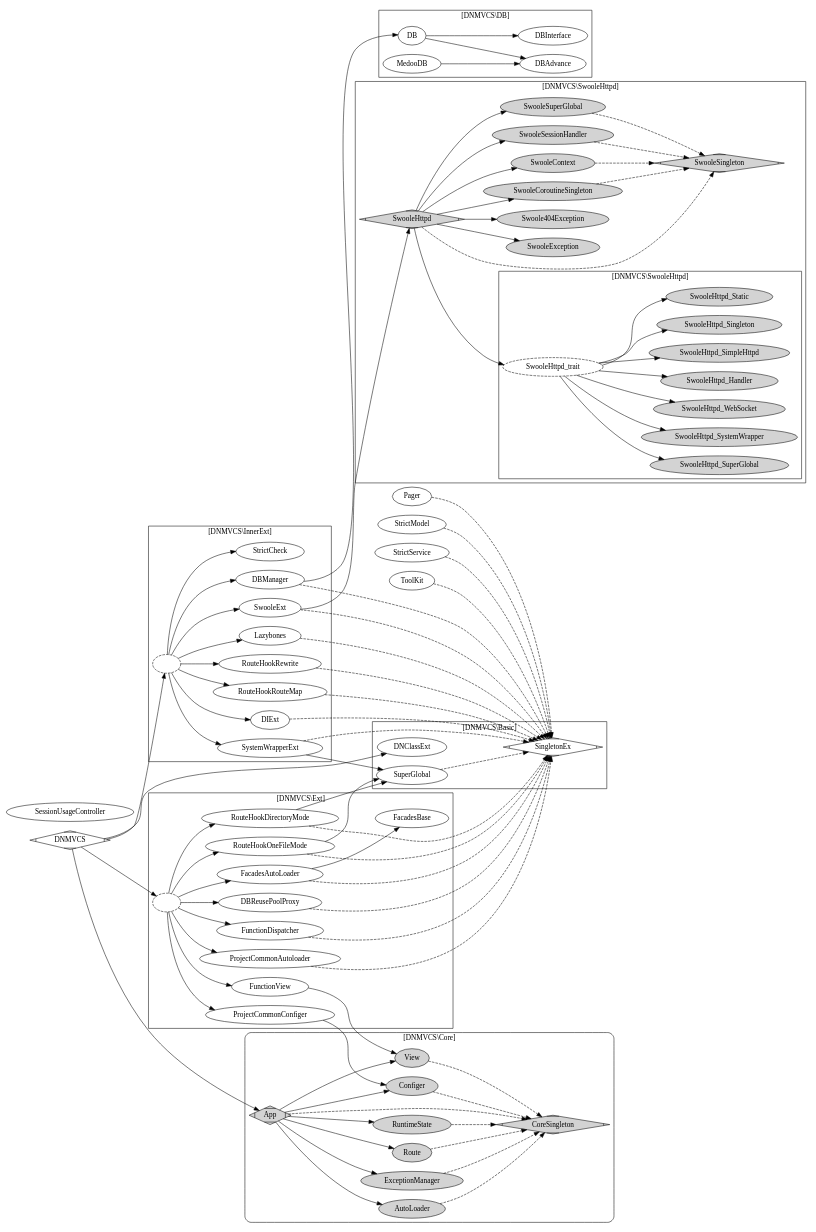
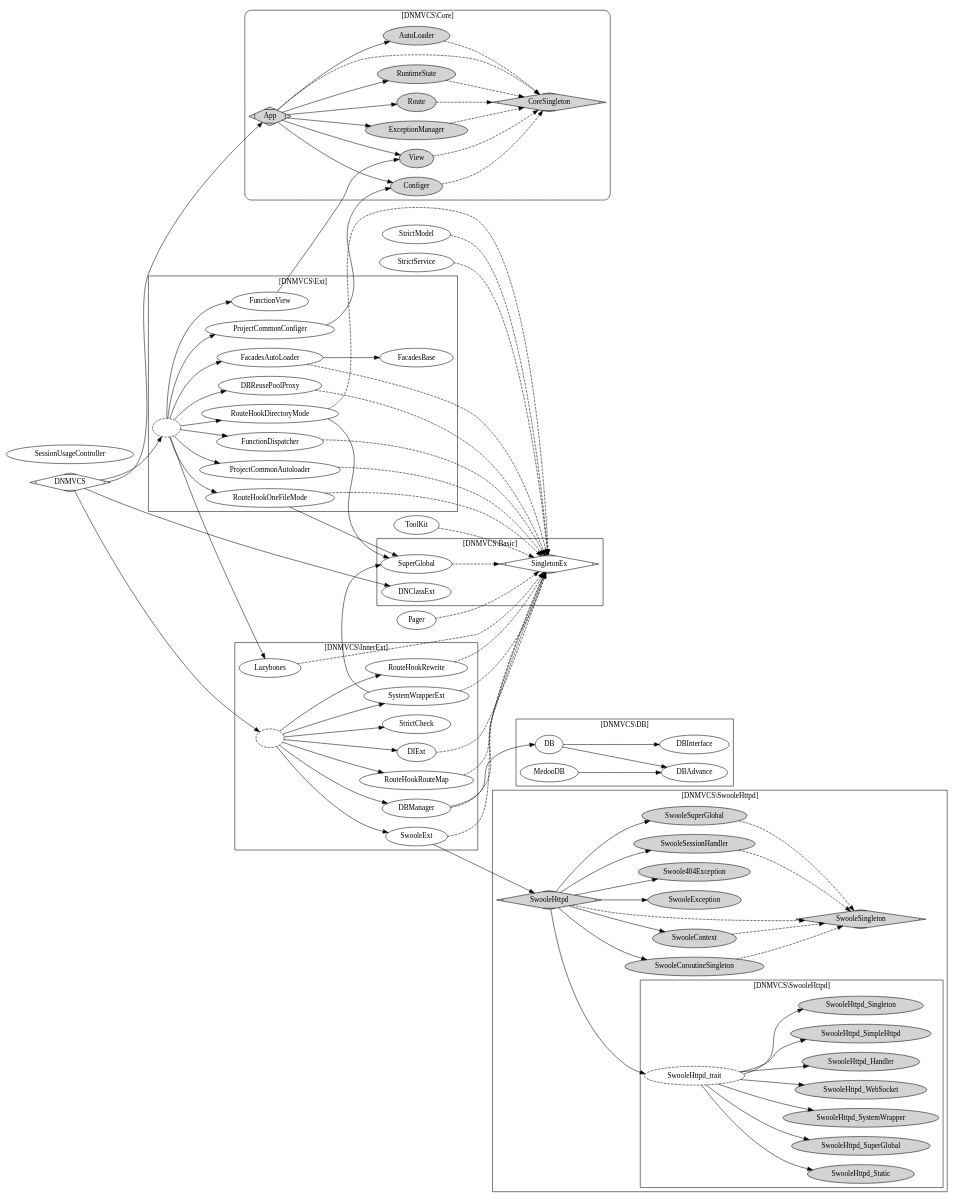
One commit to dvaknheo/duckphp changed the diagram in dnmvcs.gv. Above: the diagram before and after it, drawn with Graphviz. The commit also changed 30 other files, not shown here.

```diff
--- a/dnmvcs.gv
+++ b/dnmvcs.gv
@@ -1,174 +1,173 @@
 digraph G{
 /* This is a graphviz file */
 graph [rankdir = "LR"];
 subgraph cluster_Basic {
     label = "[DNMVCS\\Basic]";
     SingletonEx [shape=Mdiamond];
     SuperGlobal;
     DNClassExt;
     SuperGlobal -> SingletonEx[style="dashed"]; 
 }
 subgraph cluster_SwooleHttpd {
     node [style=filled];
     label = "[DNMVCS\\SwooleHttpd]";
 
 subgraph cluster_SwooleHttpd_trait {
 
 SwooleHttpd_trait [style="dashed"];
 SwooleHttpd_trait -> SwooleHttpd_SimpleHttpd;
 SwooleHttpd_trait -> SwooleHttpd_Singleton;
 SwooleHttpd_trait -> SwooleHttpd_Static;
 SwooleHttpd_trait -> SwooleHttpd_SuperGlobal;
 SwooleHttpd_trait -> SwooleHttpd_SystemWrapper;
 SwooleHttpd_trait -> SwooleHttpd_WebSocket;
 SwooleHttpd_trait -> SwooleHttpd_Handler;
 
 }
 SwooleHttpd -> SwooleHttpd_trait;
 
 SwooleHttpd -> SwooleCoroutineSingleton;
 SwooleHttpd -> SwooleContext;
 SwooleHttpd -> SwooleException;
 SwooleHttpd -> Swoole404Exception;
 
 SwooleHttpd -> SwooleSessionHandler;
 SwooleHttpd -> SwooleSuperGlobal;
 
 
 SwooleHttpd -> SwooleSingleton [style="dashed"];
 SwooleCoroutineSingleton -> SwooleSingleton [style="dashed"];
 SwooleContext -> SwooleSingleton [style="dashed"];
 SwooleSuperGlobal -> SwooleSingleton [style="dashed"];
 SwooleSessionHandler -> SwooleSingleton [style="dashed"];
 
 SwooleHttpd [label="SwooleHttpd";shape=Mdiamond];
 SwooleSingleton [label="SwooleSingleton";shape=Mdiamond];
 
 SwooleCoroutineSingleton [label="SwooleCoroutineSingleton"];
 SwooleException [label="SwooleException"];
 Swoole404Exception [label="Swoole404Exception"];
 SwooleContext [label="SwooleContext"];
 SwooleSuperGlobal [label="SwooleSuperGlobal"];
 SwooleSessionHandler [label="SwooleSessionHandler"];
 
 }
 subgraph cluster_Core {
     style = "rounded";
     label = "[DNMVCS\\Core]";
     node [style=filled];
     
     Core_App -> Core_AutoLoader ;
     Core_App -> Core_ExceptionManager;
     Core_App -> Core_View;
     Core_App -> Core_Configer;
     Core_App -> Core_Route;
     Core_App -> Core_RuntimeState;
     
     Core_App -> Core_CoreSingleton [style="dashed"];
     Core_AutoLoader -> Core_CoreSingleton [style="dashed"];
     Core_ExceptionManager -> Core_CoreSingleton [style="dashed"];
     Core_View -> Core_CoreSingleton [style="dashed"];
     Core_Configer -> Core_CoreSingleton [style="dashed"];
     Core_Route -> Core_CoreSingleton [style="dashed"];
     Core_RuntimeState -> Core_CoreSingleton [style="dashed"];
     
     Core_App [label="App";shape=Mdiamond];
     Core_CoreSingleton [label="CoreSingleton";shape=Mdiamond];
     Core_AutoLoader [label="AutoLoader"];
     Core_ExceptionManager [label="ExceptionManager"];
     Core_View [label="View"];
     Core_Configer [label="Configer"];
     Core_Route [label="Route"];
     Core_RuntimeState [label="RuntimeState"];
 }
 
 
 subgraph cluster_DB {
     label = "[DNMVCS\\DB]";
 
 DB_DB -> DB_DBAdvance;
 DB_DB -> DB_DBInterface;
 DB_MedooDB -> DB_DBAdvance;
 
 DB_DB [label="DB"];
 DB_DBAdvance [label="DBAdvance"];
 DB_DBInterface [label="DBInterface"];
 DB_MedooDB [label="MedooDB"];
 
 
 }
 subgraph cluster_InnerExt {
     label = "[DNMVCS\\InnerExt]";
 
     InnerExt -> SwooleExt;
     InnerExt -> RouteHookRewrite;
     InnerExt -> RouteHookRouteMap;
     InnerExt -> DIExt;
-    InnerExt -> Lazybones;
     InnerExt -> StrictCheck;
     
     InnerExt -> SystemWrapperExt -> SuperGlobal;
     InnerExt -> DBManager -> DB_DB;
     
     
 
     SwooleExt-> SwooleHttpd;
     
     SwooleExt -> SingletonEx[style="dashed"]; 
     RouteHookRewrite -> SingletonEx[style="dashed"]; 
     RouteHookRouteMap -> SingletonEx [style="dashed"]; 
     SystemWrapperExt -> SingletonEx [style="dashed"]; 
     DBManager -> SingletonEx [style="dashed"]; 
     
     DIExt -> SingletonEx [style="dashed"]; 
     Lazybones -> SingletonEx [style="dashed"]; 
     
  
     InnerExt [label="";style="dashed"];
 
 }
 subgraph cluster_Ext {
 label = "[DNMVCS\\Ext]";
 
-
-Ext-> DBReusePoolProxy; 
-Ext-> FunctionDispatcher;
-Ext-> ProjectCommonAutoloader;
-Ext-> FacadesAutoLoader;
-Ext-> RouteHookDirectoryMode;
-Ext-> RouteHookOneFileMode;
-Ext-> ProjectCommonConfiger -> Core_Configer;
-Ext-> FunctionView  -> Core_View;
+Ext -> Lazybones;
+Ext -> DBReusePoolProxy; 
+Ext -> FunctionDispatcher;
+Ext -> ProjectCommonAutoloader;
+Ext -> FacadesAutoLoader;
+Ext -> RouteHookDirectoryMode;
+Ext -> RouteHookOneFileMode;
+Ext -> ProjectCommonConfiger -> Core_Configer;
+Ext -> FunctionView  -> Core_View;
 FacadesAutoLoader ->FacadesBase ;
 RouteHookDirectoryMode -> SuperGlobal;
 RouteHookOneFileMode -> SuperGlobal;
 
 DBReusePoolProxy ->  SingletonEx [style="dashed"];  
 FunctionDispatcher -> SingletonEx [style="dashed"]; 
 ProjectCommonAutoloader -> SingletonEx [style="dashed"]; 
 FacadesAutoLoader -> SingletonEx [style="dashed"]; 
 RouteHookDirectoryMode -> SingletonEx [style="dashed"]; 
 RouteHookOneFileMode -> SingletonEx [style="dashed"]; 
 Ext [label="";style="dashed"];
 
 }
 
 
 
 DNMVCS -> Core_App;
 DNMVCS -> InnerExt;
 DNMVCS -> Ext;
 DNMVCS -> DNClassExt;
 
 DNMVCS [shape=Mdiamond];
 
 SingletonEx;
 Pager -> SingletonEx [style="dashed"]; 
 StrictModel -> SingletonEx [style="dashed"]; 
 StrictService -> SingletonEx [style="dashed"]; 
 ToolKit  -> SingletonEx [style="dashed"]; 
 SessionUsageController;
 
 
 
 }
```
